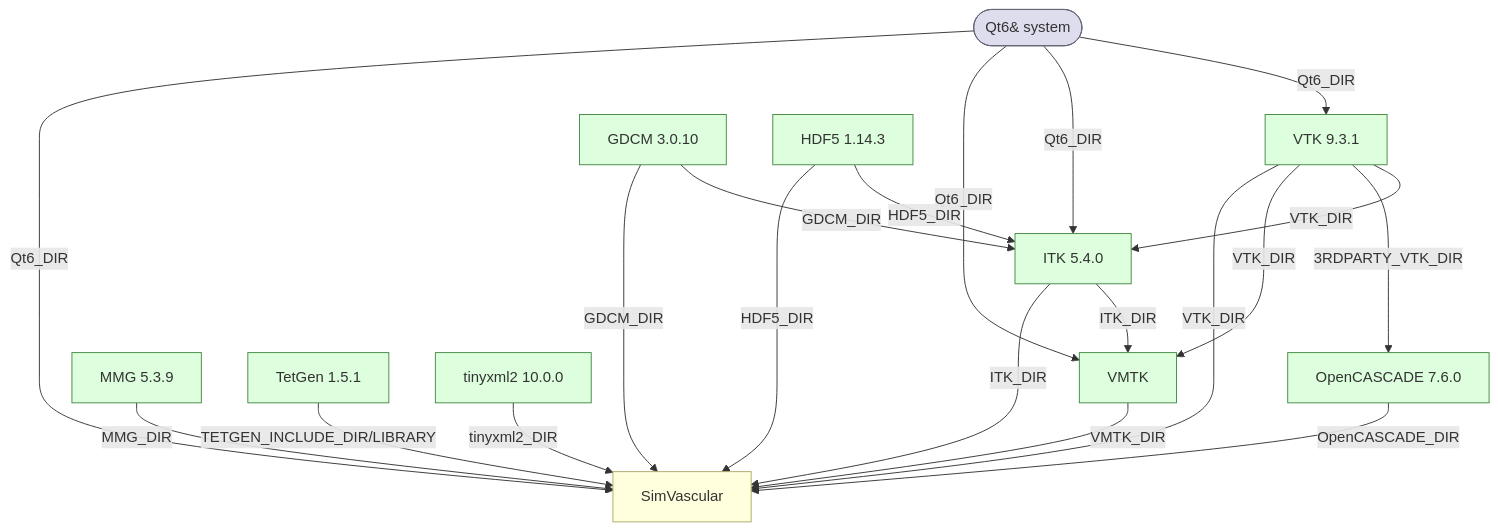
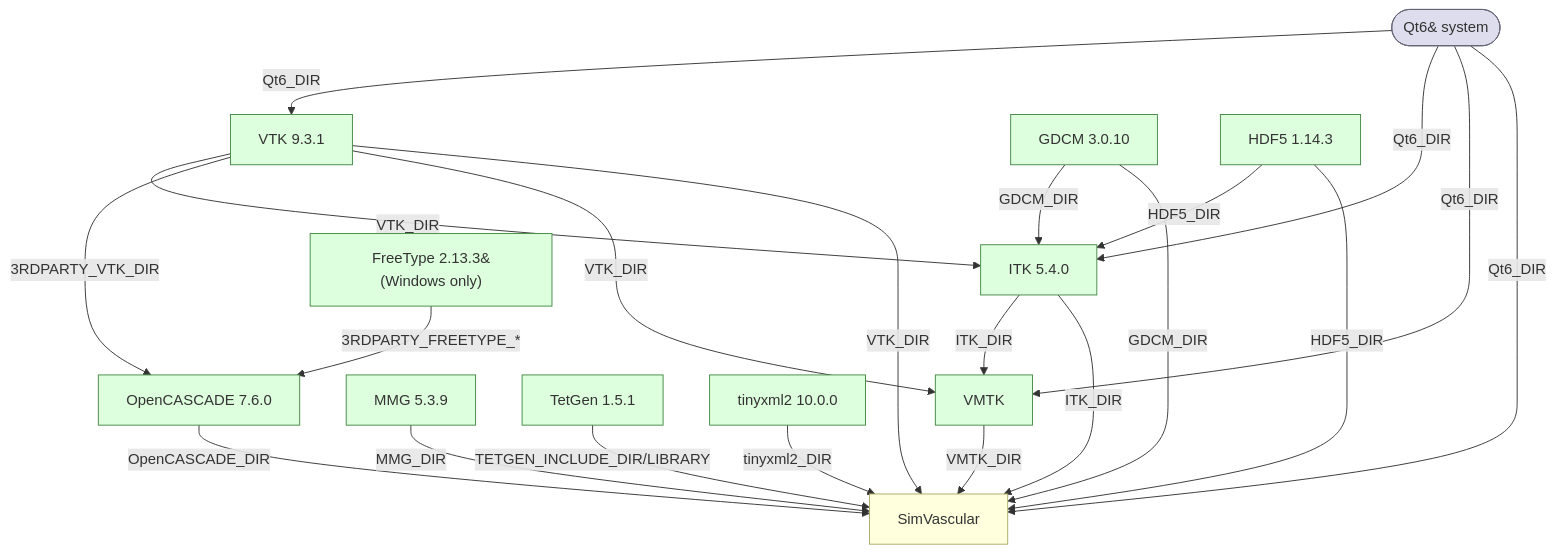
Before and after one commit to SimVascular/SimVascularWIP: the diagram in Dependencies.md, drawn with Mermaid. The commit also changed other lines of this file and 5 other files, not shown here.

First line of the commit message:
Fix Windows superbuild dependency plumbing (TetGen, OpenCASCADE, FreeType, MMG)

````diff
--- a/Dependencies.md
+++ b/Dependencies.md
@@ -176,44 +205,46 @@
 ```mermaid
 graph TD
     Qt6([Qt6&#10;system]):::system
 
     VTK["VTK 9.3.1"]:::built
     GDCM["GDCM 3.0.10"]:::built
     HDF5["HDF5 1.14.3"]:::built
     ITK["ITK 5.4.0"]:::built
     OCC["OpenCASCADE 7.6.0"]:::built
+    FreeType["FreeType 2.13.3&#10;(Windows only)"]:::built
     MMG["MMG 5.3.9"]:::built
     TetGen["TetGen 1.5.1"]:::built
     tinyxml2["tinyxml2 10.0.0"]:::built
     VMTK["VMTK"]:::built
     SV["SimVascular"]:::project
 
     Qt6 -->|Qt6_DIR| VTK
     Qt6 -->|Qt6_DIR| ITK
     Qt6 -->|Qt6_DIR| VMTK
     Qt6 -->|Qt6_DIR| SV
 
     VTK -->|VTK_DIR| ITK
     VTK -->|3RDPARTY_VTK_DIR| OCC
     VTK -->|VTK_DIR| VMTK
     VTK -->|VTK_DIR| SV
 
     GDCM -->|GDCM_DIR| ITK
     GDCM -->|GDCM_DIR| SV
 
     HDF5 -->|HDF5_DIR| ITK
     HDF5 -->|HDF5_DIR| SV
 
     ITK -->|ITK_DIR| VMTK
     ITK -->|ITK_DIR| SV
 
+    FreeType -->|3RDPARTY_FREETYPE_*| OCC
     OCC -->|OpenCASCADE_DIR| SV
     MMG -->|MMG_DIR| SV
     TetGen -->|TETGEN_INCLUDE_DIR/LIBRARY| SV
     tinyxml2 -->|tinyxml2_DIR| SV
     VMTK -->|VMTK_DIR| SV
 
     classDef system fill:#dde,stroke:#667
     classDef built  fill:#dfd,stroke:#484
     classDef project fill:#ffd,stroke:#aa6
 ```
````
